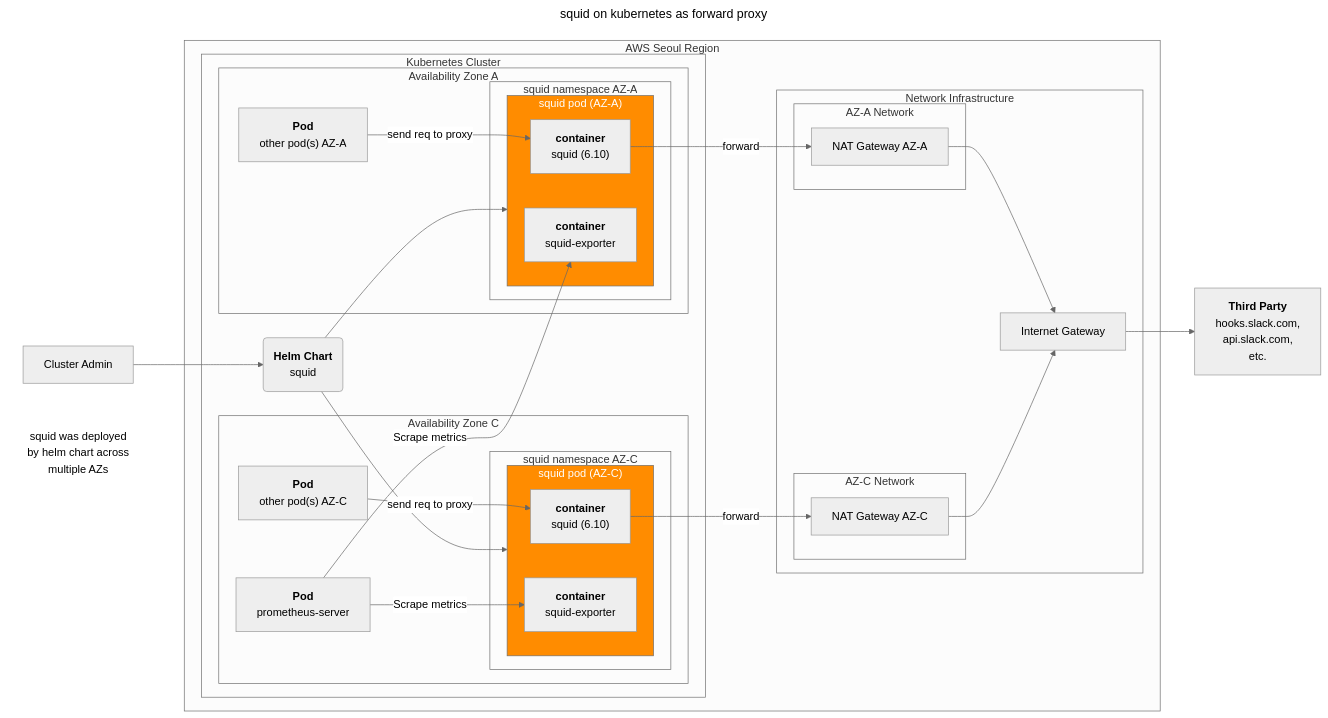
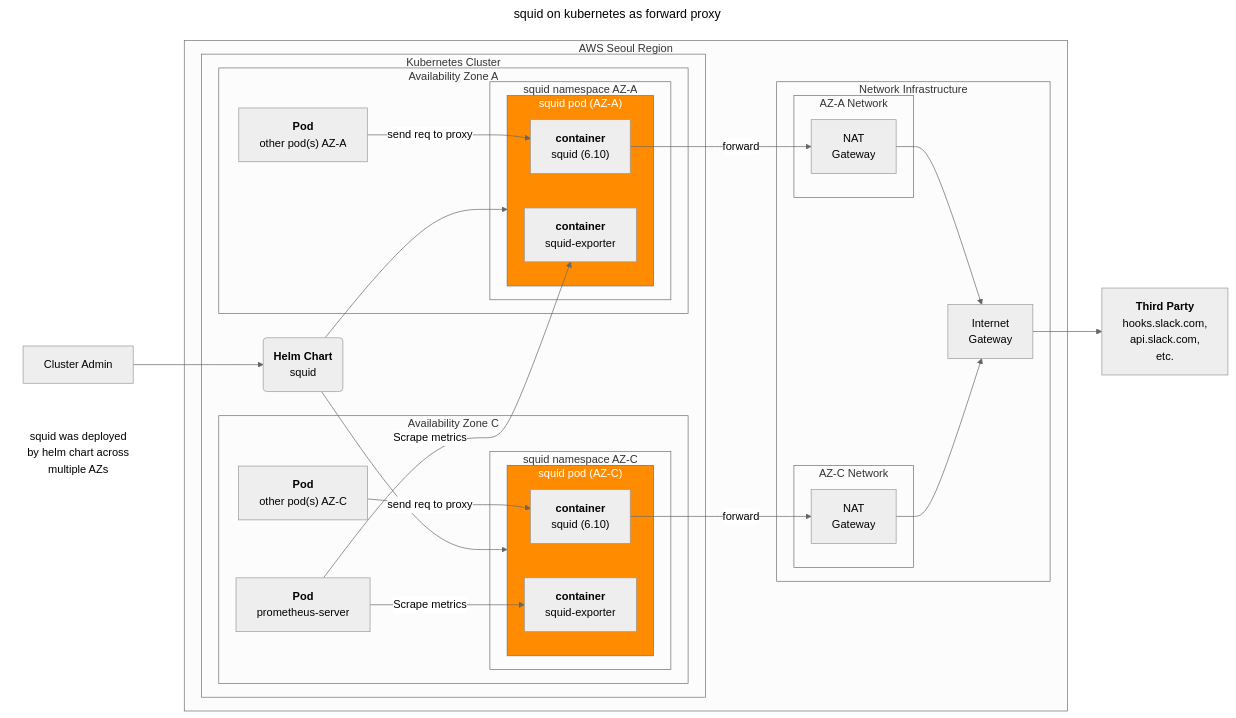
One commit to younsl/younsl.github.io changed the third of 4 diagrams in content/blog/squid/index.md. Above: the diagram before and after it, drawn with Mermaid (neutral theme). The commit also changed other lines of this file, not shown here.

Commit message:
chore: Rewrite draw.io to mermaid

````diff
--- a/content/blog/squid/index.md
+++ b/content/blog/squid/index.md
@@ -115,75 +122,78 @@
 ```mermaid
 ---
 title: squid on kubernetes as forward proxy
 ---
 flowchart LR
     admin["Cluster Admin"]
     admin --> helm
     subgraph "AWS Seoul Region"
         subgraph "Kubernetes Cluster"
             subgraph "Availability Zone A"
                 subgraph "squid namespace AZ-A"
                     subgraph squidA["squid pod (AZ-A)"]
                         c1a["`**container**
                         squid (6.10)`"]
                         c2a["`**container**
                         squid-exporter`"]
                     end
                 end
                 cpA["`**Pod**
                 other pod(s) AZ-A`"]
             end
             
             subgraph "Availability Zone C"
                 subgraph "squid namespace AZ-C"
                     subgraph squidC["squid pod (AZ-C)"]
                         c1c["`**container**
                         squid (6.10)`"]
                         c2c["`**container**
                         squid-exporter`"]
                     end
                 end
                 cpC["`**Pod**
                 other pod(s) AZ-C`"]
                 prom["`**Pod**
                 prometheus-server`"]
             end
 
             helm("`**Helm Chart**
             squid`")
             helm --> squidA
             helm --> squidC
             
             prom --Scrape metrics--> c2a
             prom --Scrape metrics--> c2c
         end
 
         subgraph "Network Infrastructure"
             subgraph "AZ-A Network"
-                ngwA["NAT Gateway AZ-A"]
+                ngwA["`NAT
+                Gateway`"]
             end
             subgraph "AZ-C Network" 
-                ngwC["NAT Gateway AZ-C"]
+                ngwC["`NAT
+                Gateway`"]
             end
-            igw["Internet Gateway"]
+            igw["`Internet
+            Gateway`"]
         end
     end
     
     slack["`**Third Party**
     hooks.slack.com,
     api.slack.com,
     etc.`"]
     
     cpA --send req to proxy--> c1a --forward--> ngwA --> igw
     cpC --send req to proxy--> c1c --forward--> ngwC --> igw
 
     igw --> slack
     
     note["`squid was deployed
     by helm chart across
     multiple AZs`"]
 
     style squidA fill:darkorange, color:white
     style squidC fill:darkorange, color:white
     style note fill:transparent, stroke:transparent
 ```
````
